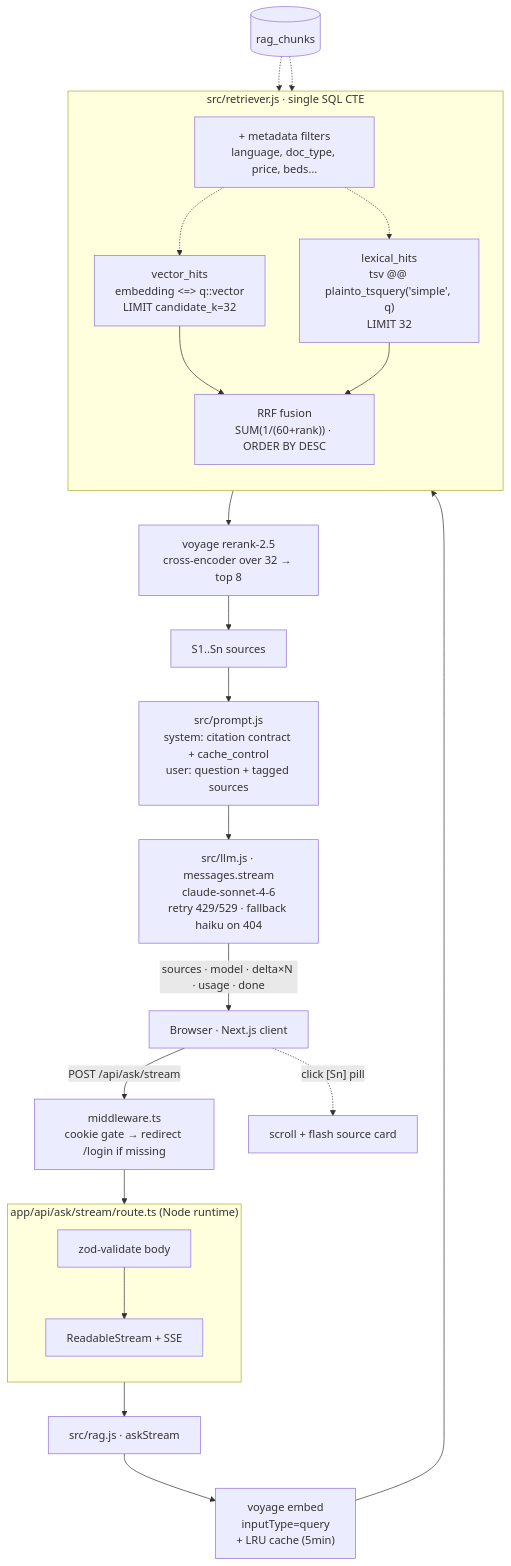
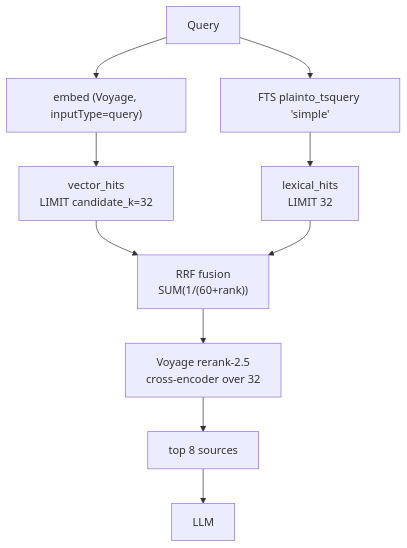
The fifth of 10 diagrams in README.md (ismatsamadov/real_estate_rag), drawn with Mermaid before and after one commit. The commit also changed other lines of this file and 10 other files, not shown here.

````diff
--- a/README.md
+++ b/README.md
@@ -71,41 +511,12 @@
 ```mermaid
-flowchart TD
-    U["Browser · Next.js client"] -->|"POST /api/ask/stream"| MW
-
-    MW["middleware.ts<br/>cookie gate → redirect /login if missing"] --> H
-
-    subgraph H["app/api/ask/stream/route.ts (Node runtime)"]
-        direction TB
-        H1["zod-validate body"]
-        H2["ReadableStream + SSE"]
-        H1 --> H2
-    end
-
-    H --> RAG["src/rag.js · askStream"]
-    RAG --> EMB["voyage embed<br/>inputType=query<br/>+ LRU cache (5min)"]
-
-    subgraph RET["src/retriever.js · single SQL CTE"]
-        direction TB
-        VH["vector_hits<br/>embedding &lt;=&gt; q::vector<br/>LIMIT candidate_k=32"]
-        LH["lexical_hits<br/>tsv @@ plainto_tsquery('simple', q)<br/>LIMIT 32"]
-        RRF["RRF fusion<br/>SUM(1/(60+rank)) · ORDER BY DESC"]
-        FILT["+ metadata filters<br/>language, doc_type, price, beds…"]
-        VH --> RRF
-        LH --> RRF
-        FILT -.-> VH
-        FILT -.-> LH
-    end
-
-    EMB --> RET
-    DB[("rag_chunks")] -.-> VH
-    DB -.-> LH
-
-    RET --> RR["voyage rerank-2.5<br/>cross-encoder over 32 → top 8"]
-    RR --> SRC["S1..Sn sources"]
-
-    SRC --> PR["src/prompt.js<br/>system: citation contract + cache_control<br/>user: question + tagged sources"]
-    PR --> LLM["src/llm.js · messages.stream<br/>claude-sonnet-4-6<br/>retry 429/529 · fallback haiku on 404"]
-
-    LLM -->|"sources · model · delta×N · usage · done"| U
-    U -.->|"click [Sn] pill"| FOCUS["scroll + flash source card"]
+flowchart TB
+    Q[Query] --> E["embed (Voyage, inputType=query)"]
+    Q --> F[FTS plainto_tsquery 'simple']
+    E --> V["vector_hits<br/>LIMIT candidate_k=32"]
+    F --> L["lexical_hits<br/>LIMIT 32"]
+    V --> R["RRF fusion<br/>SUM(1/(60+rank))"]
+    L --> R
+    R --> RR["Voyage rerank-2.5<br/>cross-encoder over 32"]
+    RR --> TOP["top 8 sources"]
+    TOP --> LLM
 ```
````
